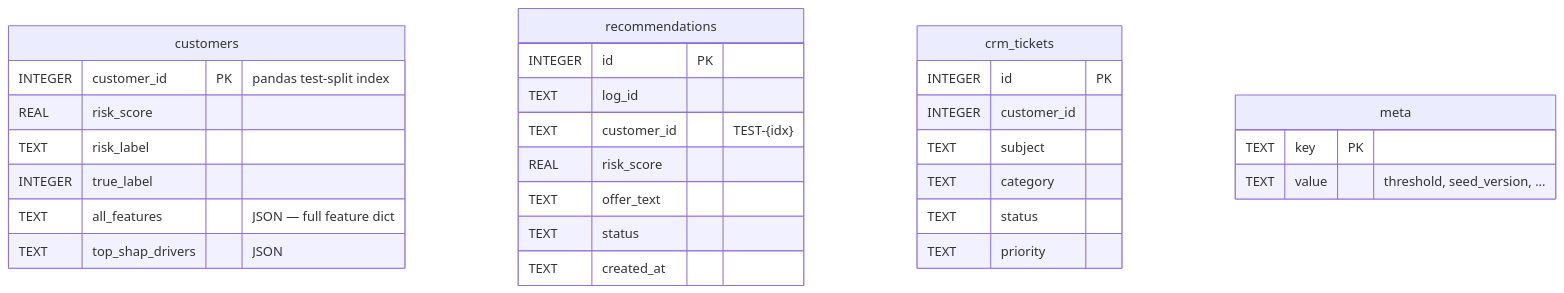
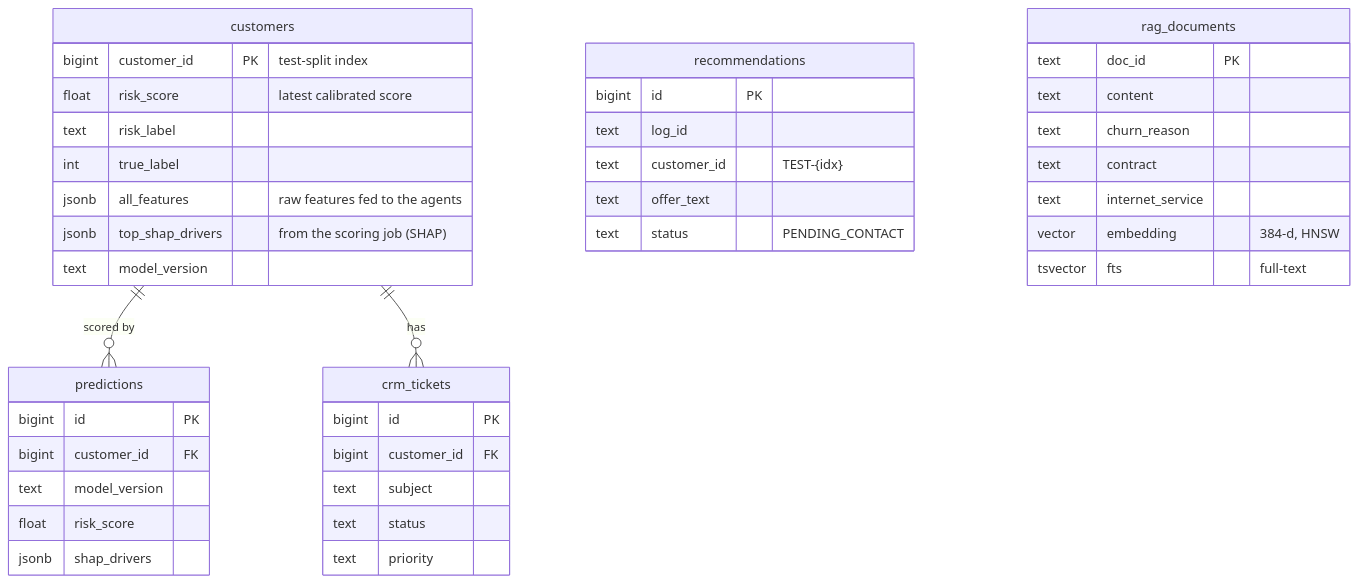
The third of 4 diagrams in docs/ARCHITECTURE.md (yuvaksc/churn-intelligence), drawn with Mermaid before and after one commit. The commit also changed other lines of this file and 177 other files, not shown here.

````diff
--- a/docs/ARCHITECTURE.md
+++ b/docs/ARCHITECTURE.md
@@ -71,32 +74,44 @@
 ```mermaid
 erDiagram
+    customers ||--o{ predictions : "scored by"
+    customers ||--o{ crm_tickets : "has"
     customers {
-        INTEGER customer_id PK "pandas test-split index"
-        REAL    risk_score
-        TEXT    risk_label
-        INTEGER true_label
-        TEXT    all_features "JSON — full feature dict"
-        TEXT    top_shap_drivers "JSON"
+        bigint customer_id PK "test-split index"
+        float  risk_score "latest calibrated score"
+        text   risk_label
+        int    true_label
+        jsonb  all_features "raw features fed to the agents"
+        jsonb  top_shap_drivers "from the scoring job (SHAP)"
+        text   model_version
+    }
+    predictions {
+        bigint id PK
+        bigint customer_id FK
+        text   model_version
+        float  risk_score
+        jsonb  shap_drivers
     }
     recommendations {
-        INTEGER id PK
-        TEXT    log_id
-        TEXT    customer_id "TEST-{idx}"
-        REAL    risk_score
-        TEXT    offer_text
-        TEXT    status
-        TEXT    created_at
+        bigint id PK
+        text   log_id
+        text   customer_id "TEST-{idx}"
+        text   offer_text
+        text   status "PENDING_CONTACT"
     }
     crm_tickets {
-        INTEGER id PK
-        INTEGER customer_id
-        TEXT    subject
-        TEXT    category
-        TEXT    status
-        TEXT    priority
+        bigint id PK
+        bigint customer_id FK
+        text   subject
+        text   status
+        text   priority
     }
-    meta {
-        TEXT key PK
-        TEXT value "threshold, seed_version, ..."
+    rag_documents {
+        text   doc_id PK
+        text   content
+        text   churn_reason
+        text   contract
+        text   internet_service
+        vector embedding "384-d, HNSW"
+        tsvector fts "full-text"
     }
 ```
````
